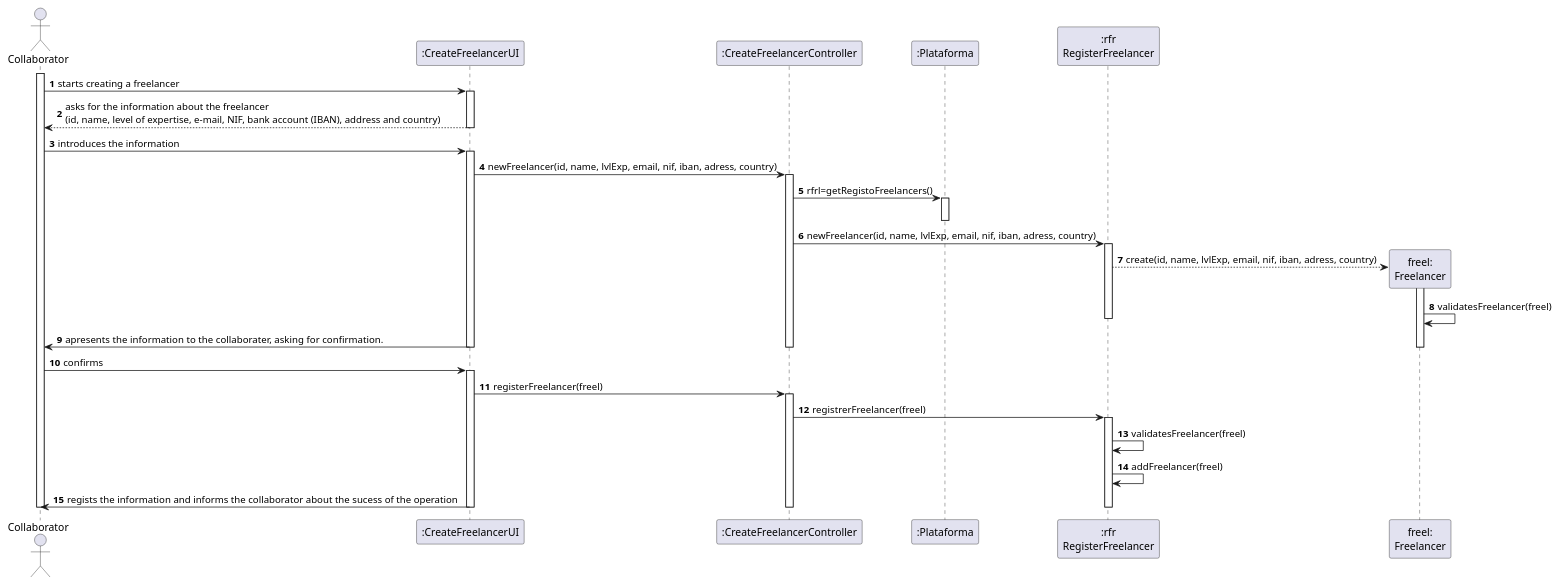
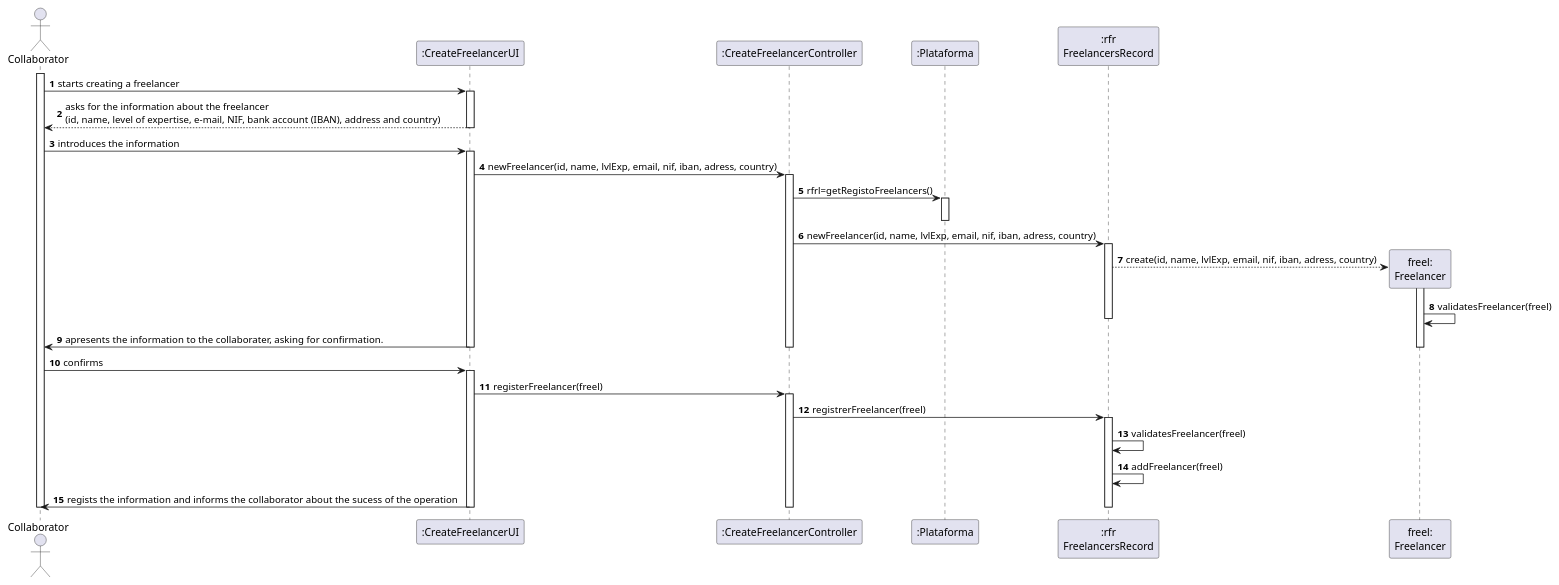
Before and after one commit to pedrolemos4/LAPR2: the diagram in docs/UC1 - Create Freelancer/UC1_SD.puml, drawn with PlantUML. The commit also changed 9 other files, not shown here.

```diff
--- a/docs/UC1 - Create Freelancer/UC1_SD.puml
+++ b/docs/UC1 - Create Freelancer/UC1_SD.puml
@@ -1,61 +1,61 @@
 @startuml
 autonumber
 
 actor "Collaborator" as CO
 participant ":CreateFreelancerUI" as UI
 participant ":CreateFreelancerController" as CTRL
 participant ":Plataforma" as PLAT
-participant ":rfr\nRegisterFreelancer" as RFR
+participant ":rfr\nFreelancersRecord" as RFR
 participant "freel:\nFreelancer" as FREEL
 
 activate CO
 CO -> UI : starts creating a freelancer
 activate UI
 
 UI --> CO : asks for the information about the freelancer \n(id, name, level of expertise, e-mail, NIF, bank account (IBAN), address and country)
 deactivate UI
 
 CO -> UI : introduces the information
 activate UI
 
 UI -> CTRL : newFreelancer(id, name, lvlExp, email, nif, iban, adress, country)
 activate CTRL
 
 CTRL -> PLAT: rfrl=getRegistoFreelancers()
 activate PLAT
 deactivate PLAT
 
 CTRL -> RFR : newFreelancer(id, name, lvlExp, email, nif, iban, adress, country)
 activate RFR
 RFR --> FREEL**: create(id, name, lvlExp, email, nif, iban, adress, country)
 activate FREEL
 
 FREEL -> FREEL : validatesFreelancer(freel)
 deactivate RFR
 
 UI -> CO : apresents the information to the collaborater, asking for confirmation.
 deactivate FREEL
 deactivate CTRL
 deactivate UI
 
 CO -> UI : confirms
 activate UI
 
 UI -> CTRL : registerFreelancer(freel)
 activate CTRL
 
 CTRL -> RFR : registrerFreelancer(freel)
 activate RFR 
 
 RFR -> RFR : validatesFreelancer(freel)
 RFR -> RFR : addFreelancer(freel)
 
 UI -> CO : regists the information and informs the collaborator about the sucess of the operation
 deactivate RFR
 deactivate CTRL
 deactivate UI
 
 deactivate CO
 
 
 @enduml
```
